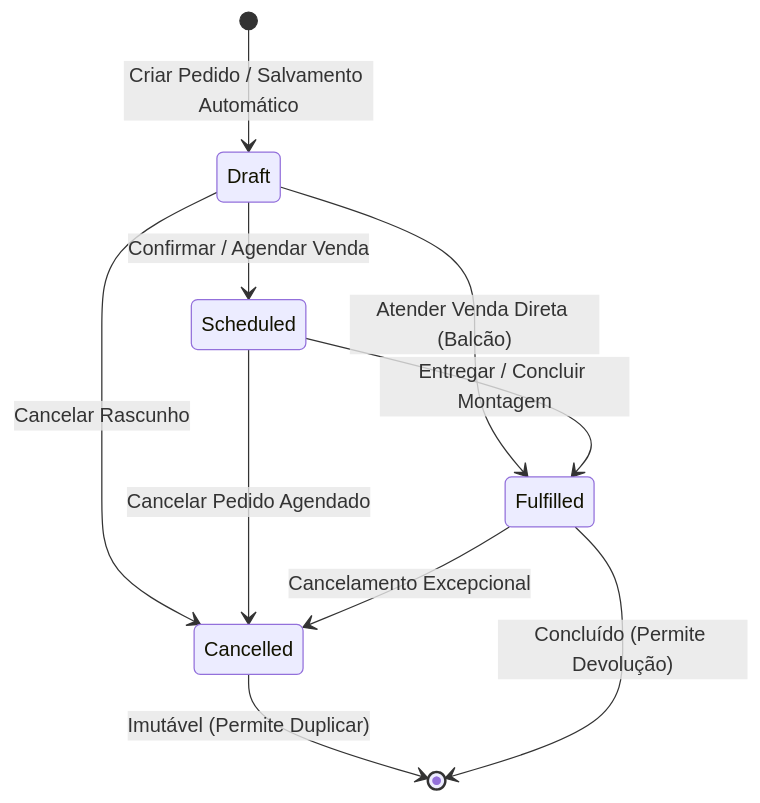
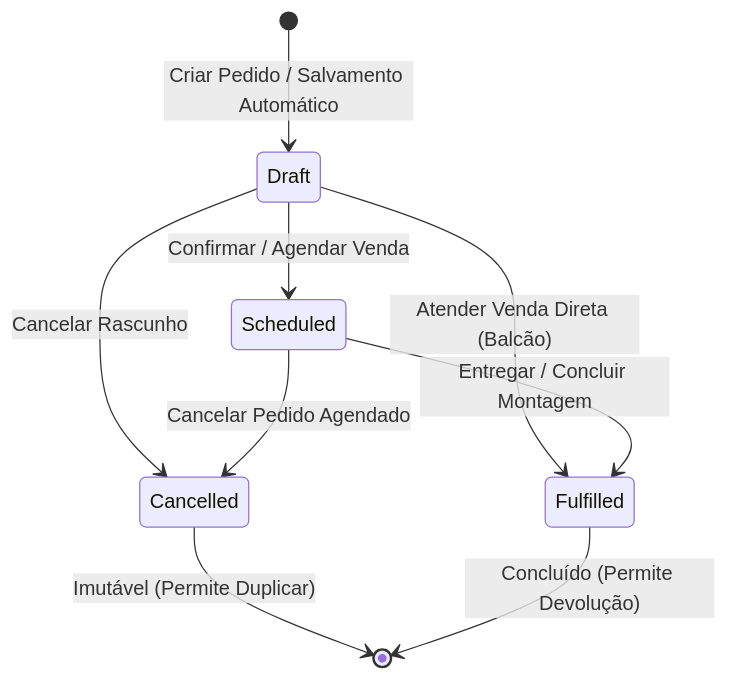
Before and after one commit to matheusmorante/moveismorantehub: the diagram in docs/negocio/vendas/ciclo-de-vida-pedidos.md, drawn with Mermaid. The commit also changed other lines of this file and 126 other files, not shown here.

````diff
--- a/docs/negocio/vendas/ciclo-de-vida-pedidos.md
+++ b/docs/negocio/vendas/ciclo-de-vida-pedidos.md
@@ -9,16 +9,15 @@
 ```mermaid
 stateDiagram-v2
     [*] --> Draft: Criar Pedido / Salvamento Automático
     
     Draft --> Scheduled: Confirmar / Agendar Venda
     Draft --> Fulfilled: Atender Venda Direta (Balcão)
     Draft --> Cancelled: Cancelar Rascunho
     
     Scheduled --> Fulfilled: Entregar / Concluir Montagem
     Scheduled --> Cancelled: Cancelar Pedido Agendado
     
-    Fulfilled --> Cancelled: Cancelamento Excepcional
     
     Cancelled --> [*]: Imutável (Permite Duplicar)
     Fulfilled --> [*]: Concluído (Permite Devolução)
 ```
````
